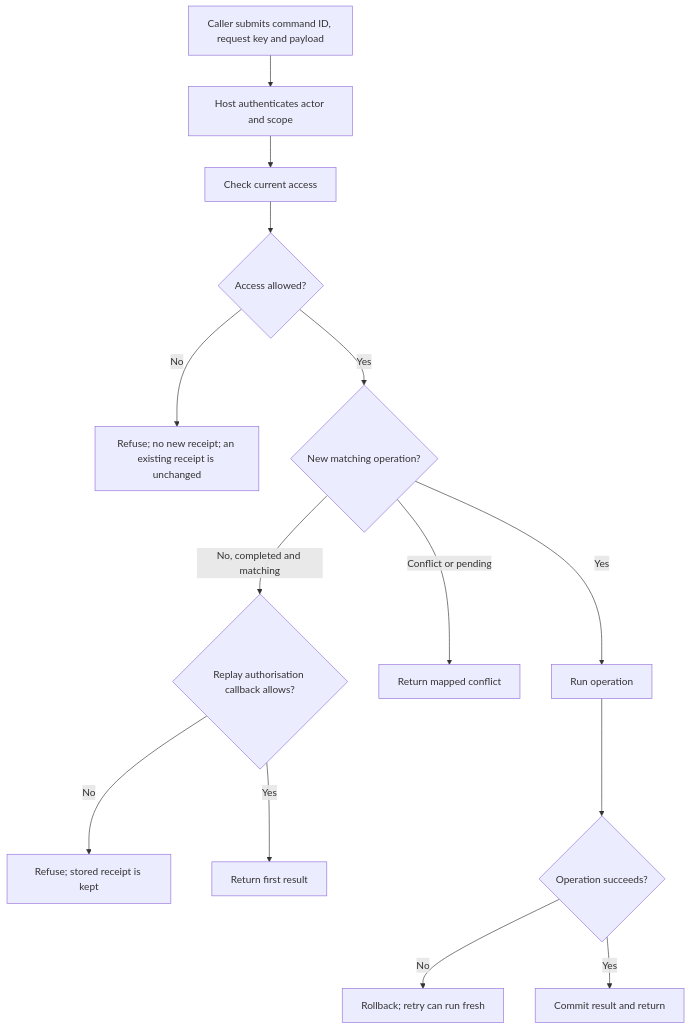
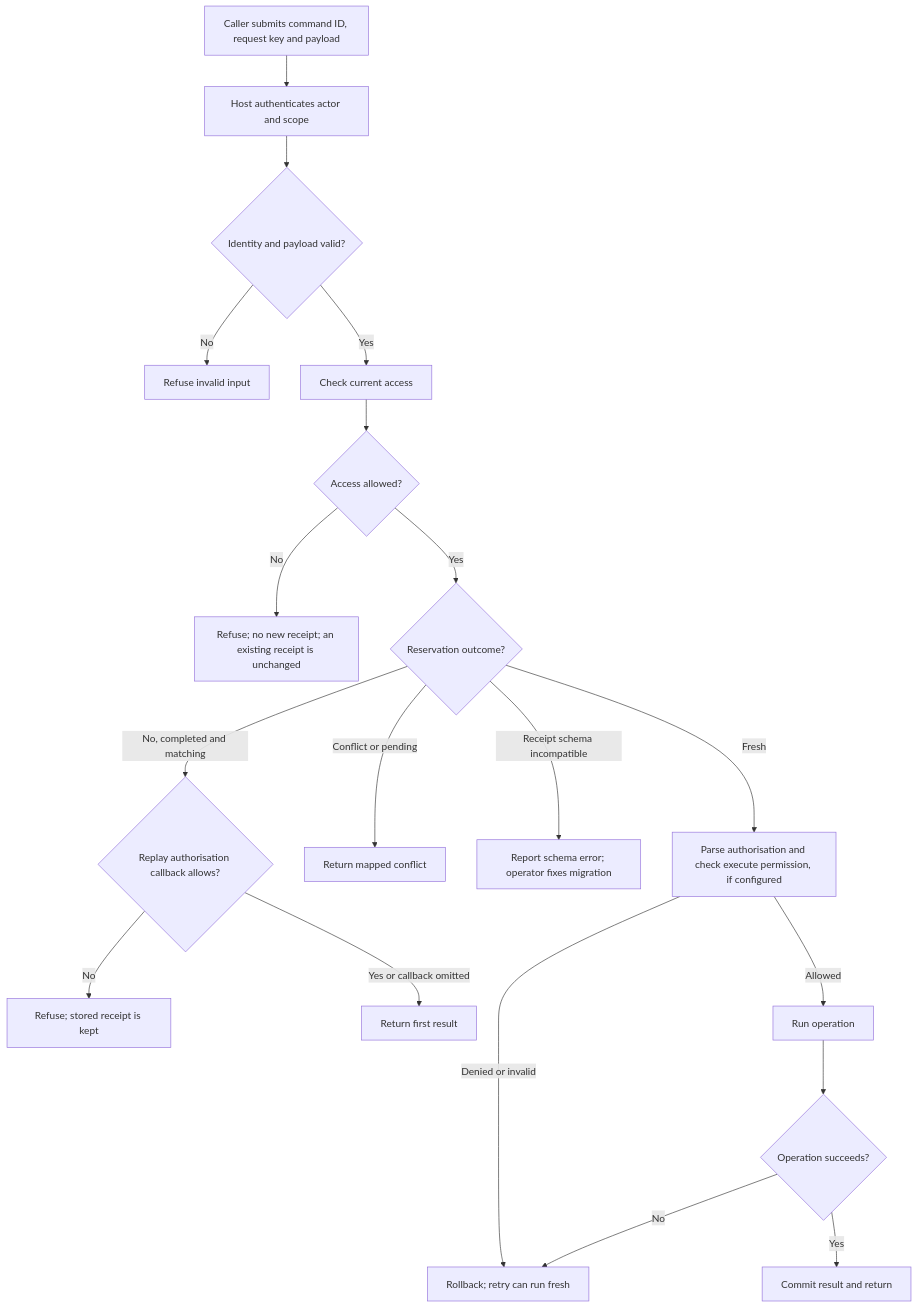
One commit to Kevinjohn/oss-adonisjs-duplicate-request-guard changed the first of 2 diagrams in user-stories/US-GUARD-01-execute-command.md. Above: the diagram before and after it, drawn with Mermaid. The commit also changed other lines of this file and 9 other files, not shown here.

````diff
--- a/user-stories/US-GUARD-01-execute-command.md
+++ b/user-stories/US-GUARD-01-execute-command.md
@@ -29,16 +31,21 @@
 ```mermaid
 flowchart TD
     A["Caller submits command ID, request key and payload"] --> B["Host authenticates actor and scope"]
-    B --> C["Check current access"]
+    B --> V{"Identity and payload valid?"}
+    V -->|No| X["Refuse invalid input"]
+    V -->|Yes| C["Check current access"]
     C --> C2{"Access allowed?"}
     C2 -->|No| C3["Refuse; no new receipt; an existing receipt is unchanged"]
-    C2 -->|Yes| D{"New matching operation?"}
+    C2 -->|Yes| D{"Reservation outcome?"}
     D -->|No, completed and matching| R{"Replay authorisation callback allows?"}
     R -->|No| R2["Refuse; stored receipt is kept"]
-    R -->|Yes| E["Return first result"]
+    R -->|Yes or callback omitted| E["Return first result"]
     D -->|Conflict or pending| F["Return mapped conflict"]
-    D -->|Yes| G["Run operation"]
+    D -->|Receipt schema incompatible| F2["Report schema error; operator fixes migration"]
+    D -->|Fresh| P["Parse authorisation and check execute permission, if configured"]
+    P -->|Denied or invalid| I
+    P -->|Allowed| G["Run operation"]
     G --> H{"Operation succeeds?"}
     H -->|No| I["Rollback; retry can run fresh"]
     H -->|Yes| J["Commit result and return"]
 ```
````
